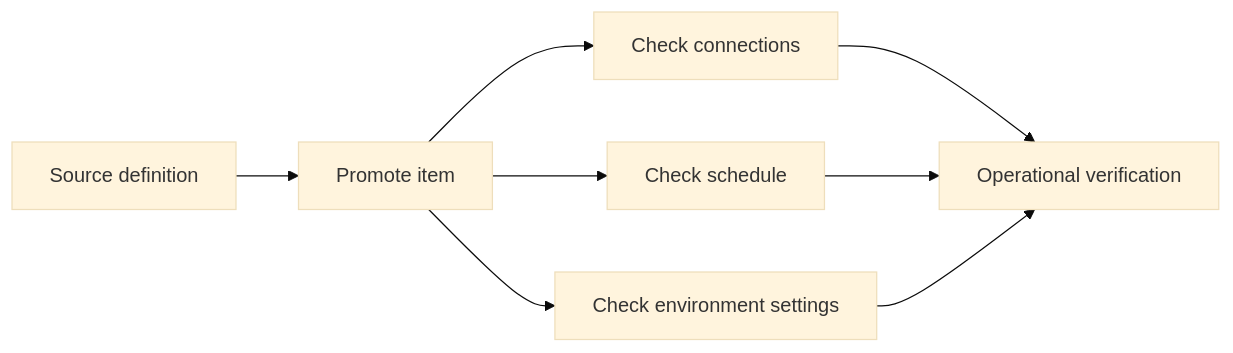
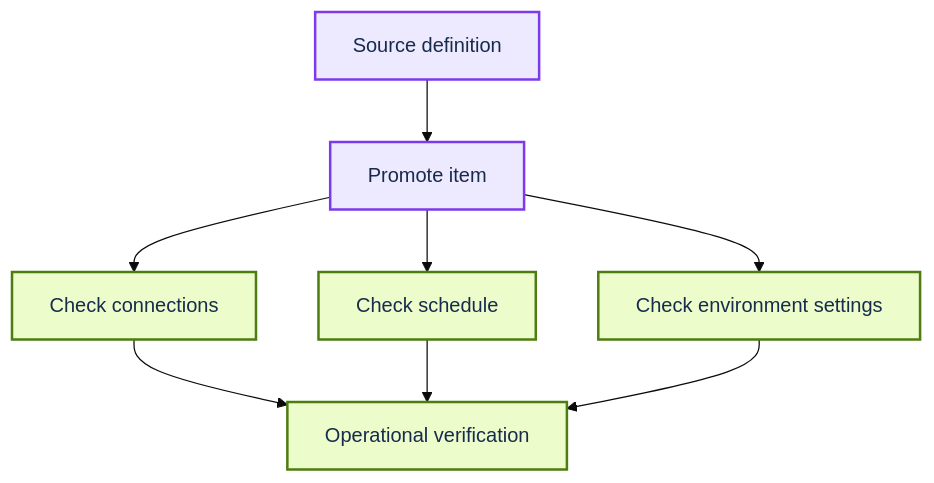
Before and after one commit to Acestus/portfolio: the diagram in site/content/docs/video-fabric-deployment-gotchas.md, drawn with Mermaid (base theme). The commit also changed 20 other files, not shown here.

Commit message:
Apply Mermaid and Pele style to video guides (#58)

````diff
--- a/site/content/docs/video-fabric-deployment-gotchas.md
+++ b/site/content/docs/video-fabric-deployment-gotchas.md
@@ -27,10 +27,16 @@
 ```mermaid
-flowchart LR
+flowchart TD
+  accTitle: Fabric deployment gotchas: schedules, connections, and settings
   D[Source definition] --> P[Promote item]
   P --> C[Check connections]
   P --> S[Check schedule]
   P --> E[Check environment settings]
   C --> V[Operational verification]
   S --> V
   E --> V
+
+  classDef primary fill:#EDE9FE,stroke:#7C3AED,color:#172B4D,stroke-width:2px
+  classDef secondary fill:#ECFCCB,stroke:#4D7C0F,color:#172B4D,stroke-width:2px
+  class D,P primary
+  class C,S,E,V secondary
 ```
````
